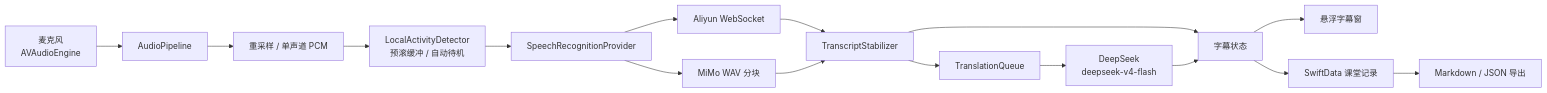
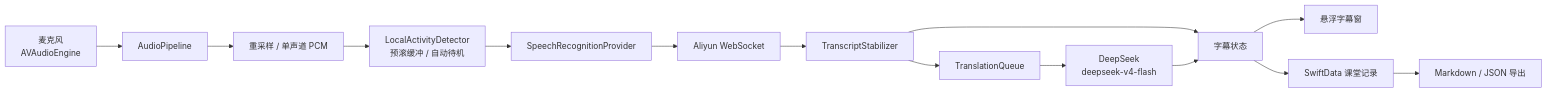
One commit to aquilasky/stt changed the diagram in docs/MVP_DEVELOPMENT.md. Above: the diagram before and after it, drawn with Mermaid. The commit also changed other lines of this file and 9 other files, not shown here.

````diff
--- a/docs/MVP_DEVELOPMENT.md
+++ b/docs/MVP_DEVELOPMENT.md
@@ -163,18 +163,16 @@
 ```mermaid
 flowchart LR
     A["麦克风<br/>AVAudioEngine"] --> C["AudioPipeline"]
     C --> D["重采样 / 单声道 PCM"]
     D --> M["LocalActivityDetector<br/>预滚缓冲 / 自动待机"]
     M --> E["SpeechRecognitionProvider"]
     E --> E1["Aliyun WebSocket"]
-    E --> E2["MiMo WAV 分块"]
     E1 --> F["TranscriptStabilizer"]
-    E2 --> F
     F --> G["字幕状态"]
     F --> H["TranslationQueue"]
     H --> I["DeepSeek<br/>deepseek-v4-flash"]
     I --> G
     G --> J["悬浮字幕窗"]
     G --> K["SwiftData 课堂记录"]
     K --> L["Markdown / JSON 导出"]
 ```
````
